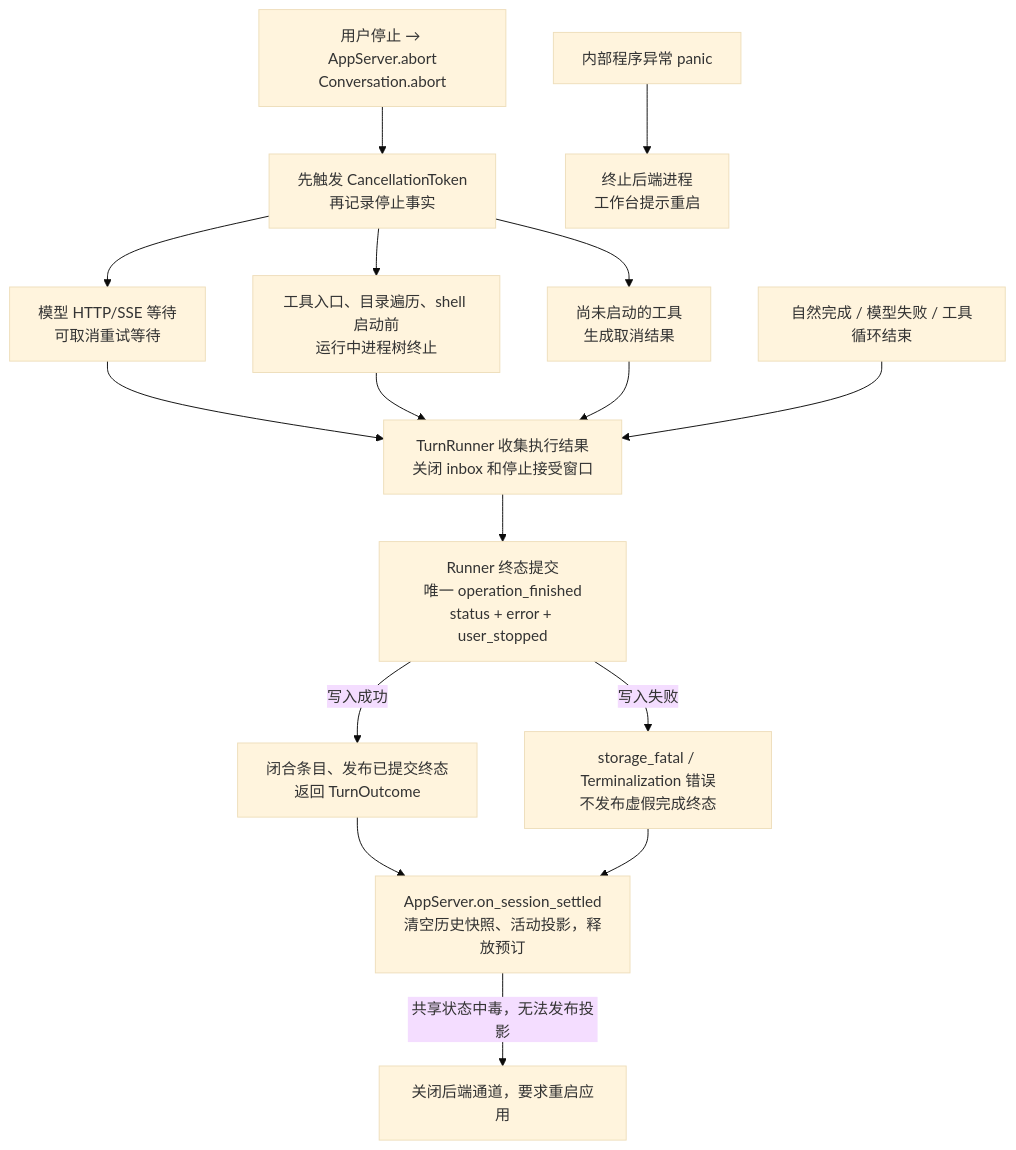
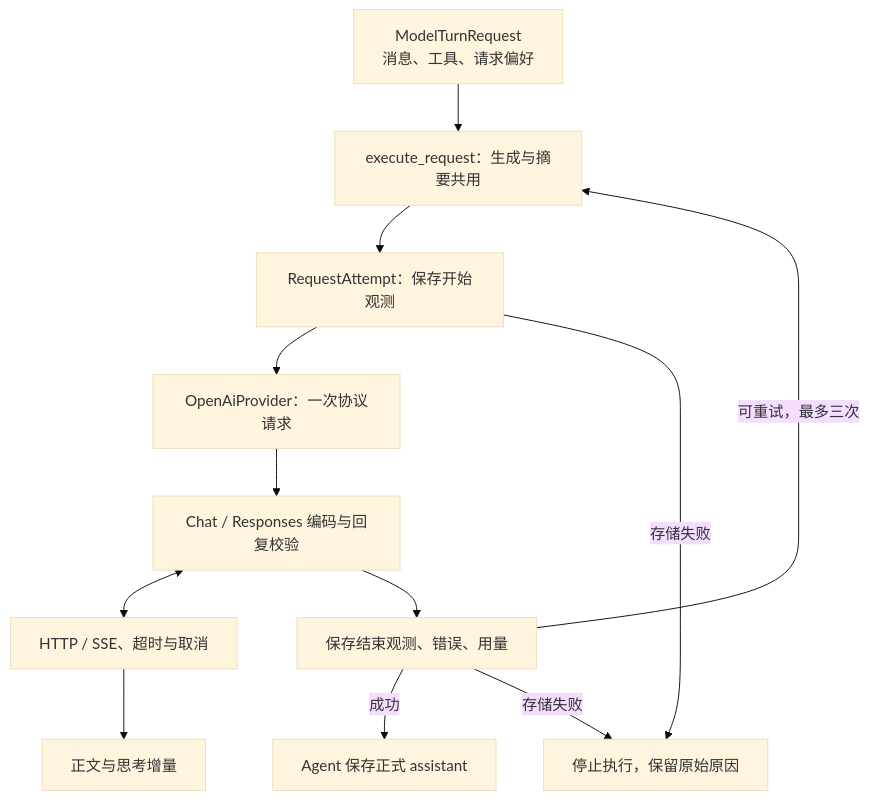
Before and after one commit to qjcnmd/singularity-agent: the tenth of 14 diagrams in docs/architecture.md, drawn with Mermaid (base theme). The commit also changed other lines of this file and 9 other files, not shown here.

````diff
--- a/docs/architecture.md
+++ b/docs/architecture.md
@@ -468,18 +328,14 @@
 ```mermaid
 flowchart TB
-    Stop["用户停止 → AppServer.abort<br/>Conversation.abort"] --> Signal["先触发 CancellationToken<br/>再记录停止事实"]
-    Signal --> Model["模型 HTTP/SSE 等待<br/>可取消重试等待"]
-    Signal --> Tools["工具入口、目录遍历、shell 启动前<br/>运行中进程树终止"]
-    Signal --> Unstarted["尚未启动的工具<br/>生成取消结果"]
-    Model --> Finish["TurnRunner 收集执行结果<br/>关闭 inbox 和停止接受窗口"]
-    Tools --> Finish
-    Unstarted --> Finish
-    Normal["自然完成 / 模型失败 / 工具循环结束"] --> Finish
-    Finish --> Commit["Runner 终态提交<br/>唯一 operation_finished<br/>status + error + user_stopped"]
-    Commit -->|"写入成功"| Publish["闭合条目、发布已提交终态<br/>返回 TurnOutcome"]
-    Commit -->|"写入失败"| Fatal["storage_fatal / Terminalization 错误<br/>不发布虚假完成终态"]
-    Publish --> Settled["AppServer.on_session_settled<br/>清空历史快照、活动投影，释放预订"]
-    Fatal --> Settled
-    Panic["内部程序异常 panic"] --> Exit["终止后端进程<br/>工作台提示重启"]
-    Settled -->|"共享状态中毒，无法发布投影"| HostExit["关闭后端通道，要求重启应用"]
+    Request["ModelTurnRequest<br/>消息、工具、请求偏好"] --> Execute["execute_request：生成与摘要共用"]
+    Execute --> Start["RequestAttempt：保存开始观测"]
+    Start --> Provider["OpenAiProvider：一次协议请求"]
+    Provider --> Codec["Chat / Responses 编码与回复校验"]
+    Codec <--> Transport["HTTP / SSE、超时与取消"]
+    Transport --> Delta["正文与思考增量"]
+    Codec --> End["保存结束观测、错误、用量"]
+    End -->|"可重试，最多三次"| Execute
+    End -->|"成功"| Agent["Agent 保存正式 assistant"]
+    Start -->|"存储失败"| Error["停止执行，保留原始原因"]
+    End -->|"存储失败"| Error
 ```
````
